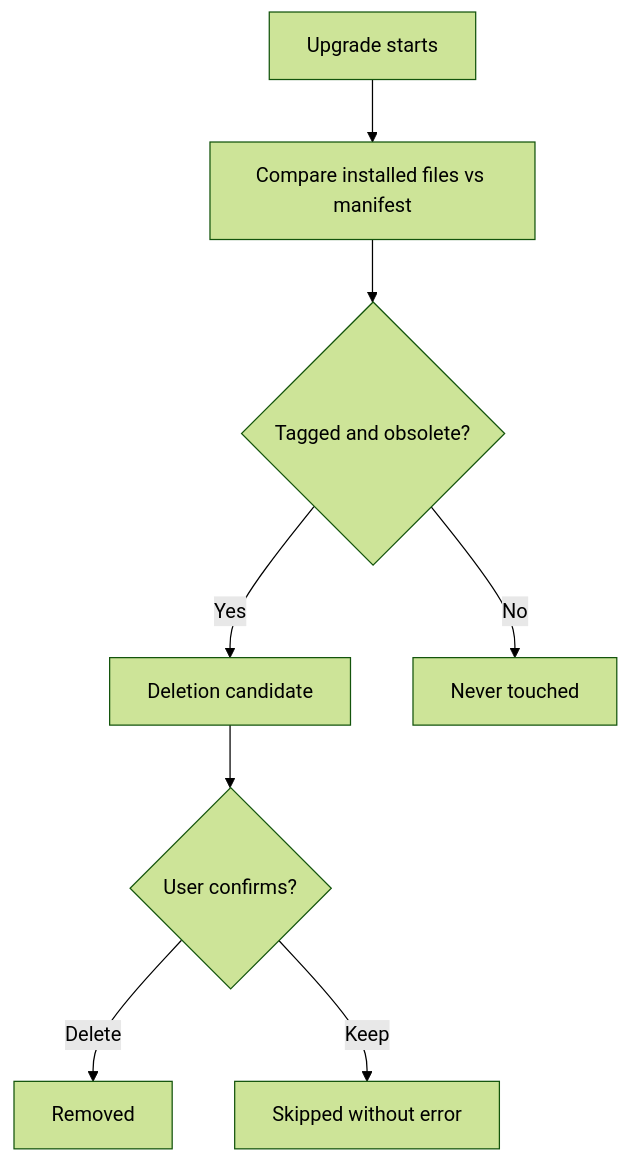
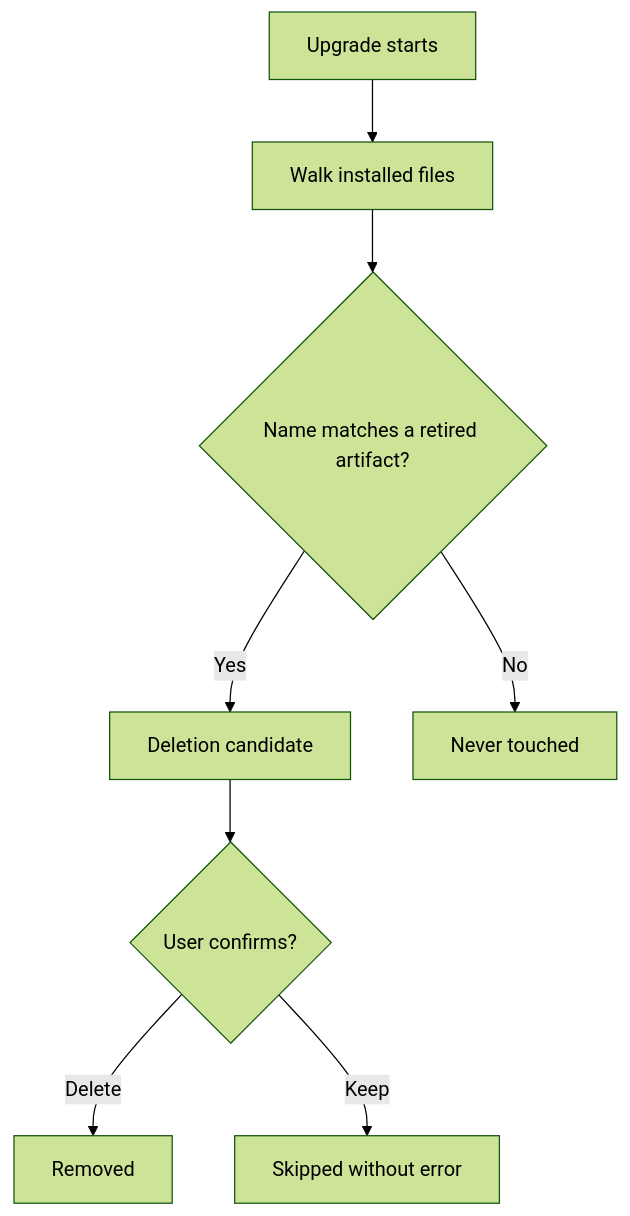
One commit to hurungang/easyspec changed the diagram in easyspec-docs/master/architecture/modules/upgrade-cleanup/architecture.md. Above: the diagram before and after it, drawn with Mermaid (forest theme). The commit also changed other lines of this file and 12 other files, not shown here.

````diff
--- a/easyspec-docs/master/architecture/modules/upgrade-cleanup/architecture.md
+++ b/easyspec-docs/master/architecture/modules/upgrade-cleanup/architecture.md
@@ -15,10 +15,10 @@
 ```mermaid
 flowchart TD
-    A[Upgrade starts] --> B[Compare installed files vs manifest]
-    B --> C{Tagged and obsolete?}
+    A[Upgrade starts] --> B[Walk installed files]
+    B --> C{Name matches a retired artifact?}
     C -->|Yes| D[Deletion candidate]
     C -->|No| E[Never touched]
     D --> F{User confirms?}
     F -->|Delete| G[Removed]
     F -->|Keep| H[Skipped without error]
 ```
````
